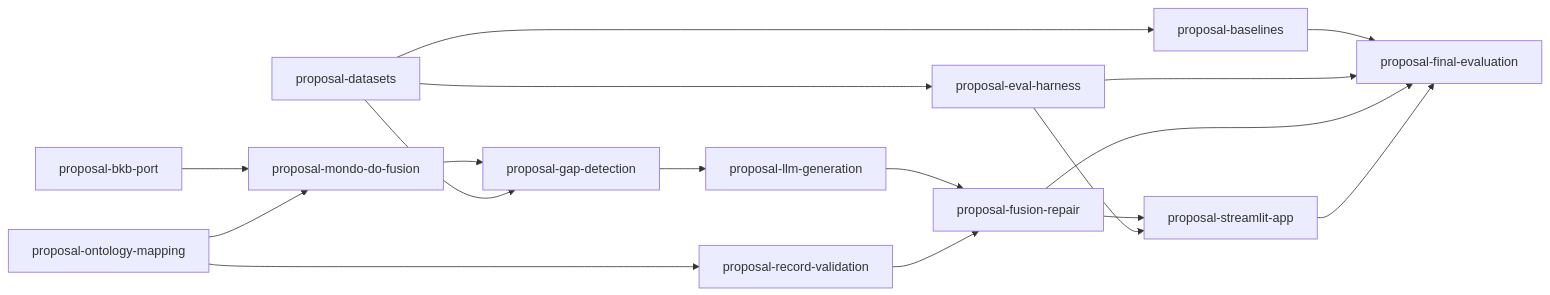
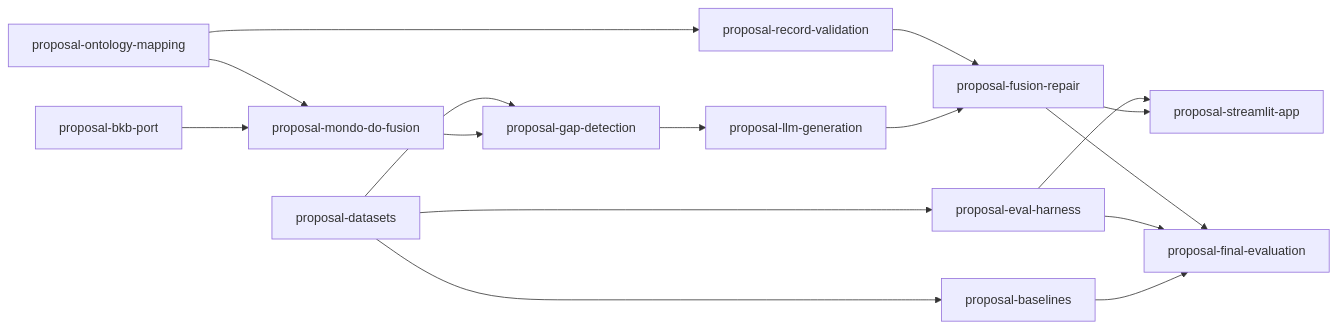
One commit to joe-dartmouth/synthetic changed the diagram in tasks/proposal-index.md. Above: the diagram before and after it, drawn with Mermaid. The commit also changed other lines of this file and 25 other files, not shown here.

Commit message:
Fix attribution, run records and task graph from review

````diff
--- a/tasks/proposal-index.md
+++ b/tasks/proposal-index.md
@@ -25,19 +26,18 @@
 ```mermaid
 flowchart LR
     bkb_port[proposal-bkb-port] --> mondo_do_fusion[proposal-mondo-do-fusion]
     ontology_mapping[proposal-ontology-mapping] --> mondo_do_fusion[proposal-mondo-do-fusion]
     mondo_do_fusion[proposal-mondo-do-fusion] --> gap_detection[proposal-gap-detection]
     datasets[proposal-datasets] --> gap_detection[proposal-gap-detection]
     datasets[proposal-datasets] --> baselines[proposal-baselines]
     datasets[proposal-datasets] --> eval_harness[proposal-eval-harness]
     gap_detection[proposal-gap-detection] --> llm_generation[proposal-llm-generation]
     ontology_mapping[proposal-ontology-mapping] --> record_validation[proposal-record-validation]
     llm_generation[proposal-llm-generation] --> fusion_repair[proposal-fusion-repair]
     record_validation[proposal-record-validation] --> fusion_repair[proposal-fusion-repair]
     fusion_repair[proposal-fusion-repair] --> streamlit_app[proposal-streamlit-app]
     eval_harness[proposal-eval-harness] --> streamlit_app[proposal-streamlit-app]
     baselines[proposal-baselines] --> final_evaluation[proposal-final-evaluation]
     eval_harness[proposal-eval-harness] --> final_evaluation[proposal-final-evaluation]
     fusion_repair[proposal-fusion-repair] --> final_evaluation[proposal-final-evaluation]
-    streamlit_app[proposal-streamlit-app] --> final_evaluation[proposal-final-evaluation]
 ```
````
